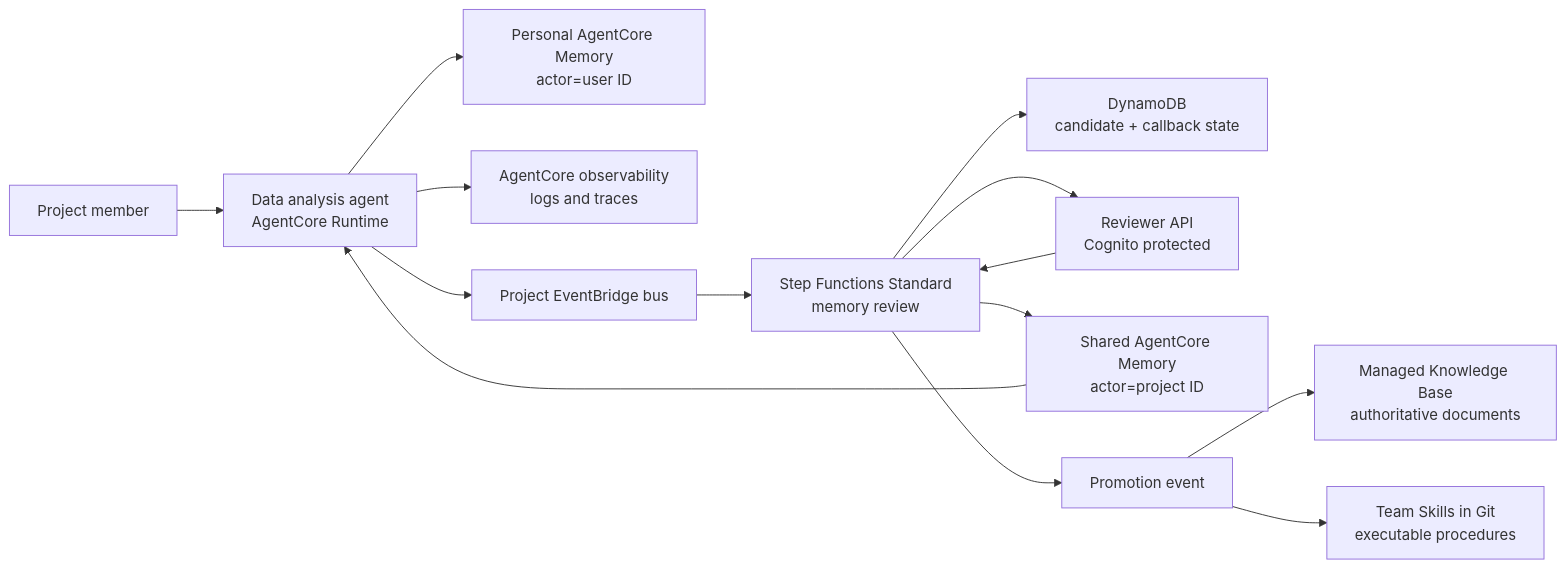
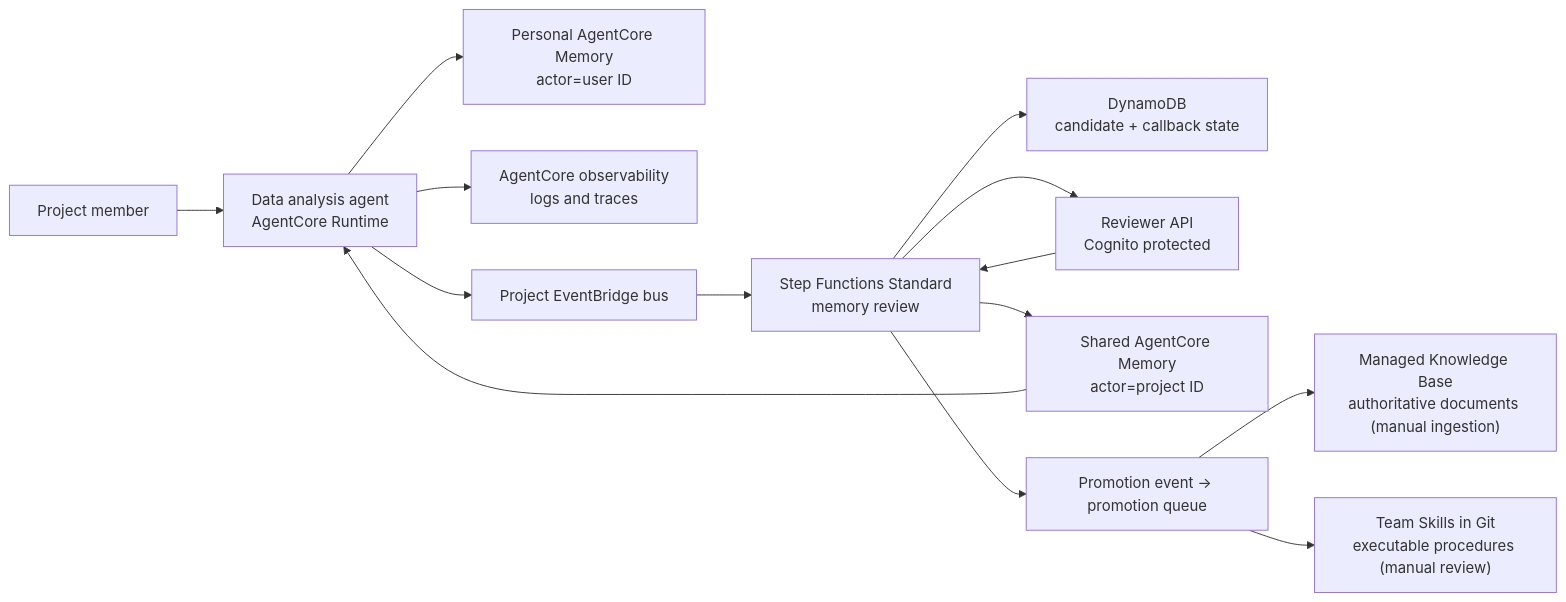
The diagram in README.en.md (ericyanpek/agentcore-memory-blueprint), drawn with Mermaid before and after one commit. The commit also changed 1 other file, not shown here.

Commit message:
Show promotion as a queue a human drains
The diagram's bare arrows to Knowledge Base and Skills read as automation. Both
destinations are outside this stack and both need a person.

````diff
--- a/README.en.md
+++ b/README.en.md
@@ -179,16 +179,16 @@
 ```mermaid
 flowchart LR
     U["Project member"] --> A["Data analysis agent<br/>AgentCore Runtime"]
     A --> PM["Personal AgentCore Memory<br/>actor=user ID"]
     A --> O["AgentCore observability<br/>logs and traces"]
     A --> EB["Project EventBridge bus"]
     EB --> SF["Step Functions Standard<br/>memory review"]
     SF --> DDB["DynamoDB<br/>candidate + callback state"]
     SF --> R["Reviewer API<br/>Cognito protected"]
     R --> SF
     SF --> SM["Shared AgentCore Memory<br/>actor=project ID"]
     SM --> A
-    SF --> P["Promotion event"]
-    P --> KB["Managed Knowledge Base<br/>authoritative documents"]
-    P --> SK["Team Skills in Git<br/>executable procedures"]
+    SF --> P["Promotion event → promotion queue"]
+    P --> KB["Managed Knowledge Base<br/>authoritative documents (manual ingestion)"]
+    P --> SK["Team Skills in Git<br/>executable procedures (manual review)"]
 ```
````
